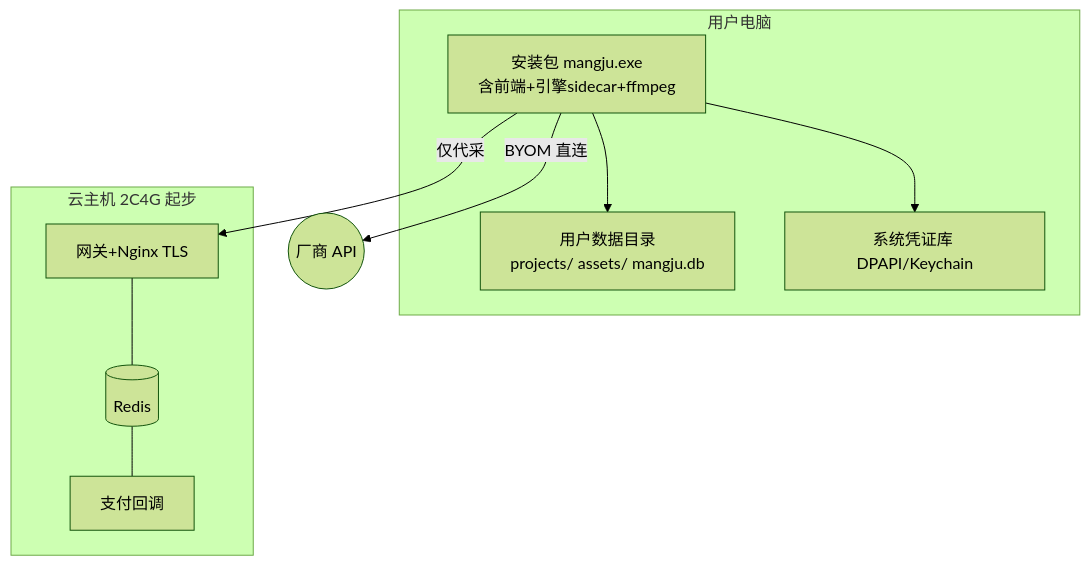
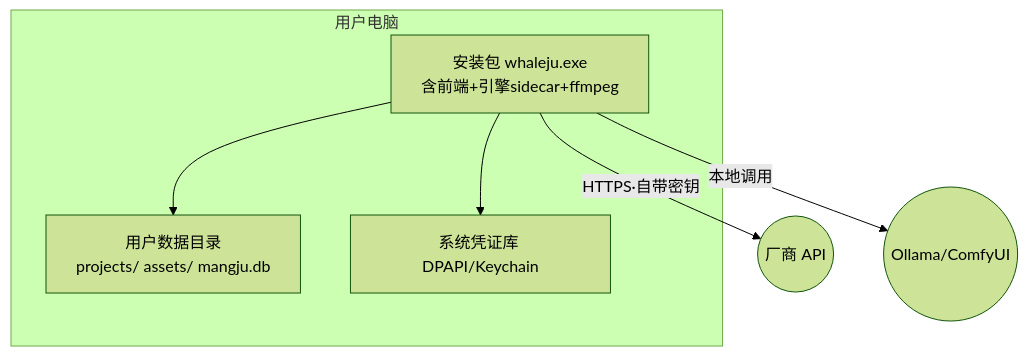
Before and after one commit to kujirashark/WhaleJu: the eighth of 9 diagrams in docs/鲸鲨漫剧-系统设计方案-合订本-v3.1.md, drawn with Mermaid (forest theme). The commit also changed other lines of this file and 98 other files, not shown here.

````diff
--- a/docs/鲸鲨漫剧-系统设计方案-合订本-v3.1.md
+++ b/docs/鲸鲨漫剧-系统设计方案-合订本-v3.1.md
@@ -235,12 +225,9 @@
 ```mermaid
 flowchart TB
     subgraph PC[用户电脑]
-        APP[安装包 mangju.exe<br/>含前端+引擎sidecar+ffmpeg] --> DATA[用户数据目录<br/>projects/ assets/ mangju.db] 
+        APP[安装包 whaleju.exe<br/>含前端+引擎sidecar+ffmpeg] --> DATA[用户数据目录<br/>projects/ assets/ mangju.db]
         APP --> KEY[系统凭证库 DPAPI/Keychain]
     end
-    subgraph CLOUD[云主机 2C4G 起步]
-        GW[网关+Nginx TLS] --- RD[(Redis)] --- PAY[支付回调]
-    end
-    APP -->|仅代采| GW
-    APP -->|BYOM 直连| V((厂商 API))
+    APP -->|HTTPS·自带密钥| V((厂商 API))
+    APP -->|本地调用| L((Ollama/ComfyUI))
 ```
````
